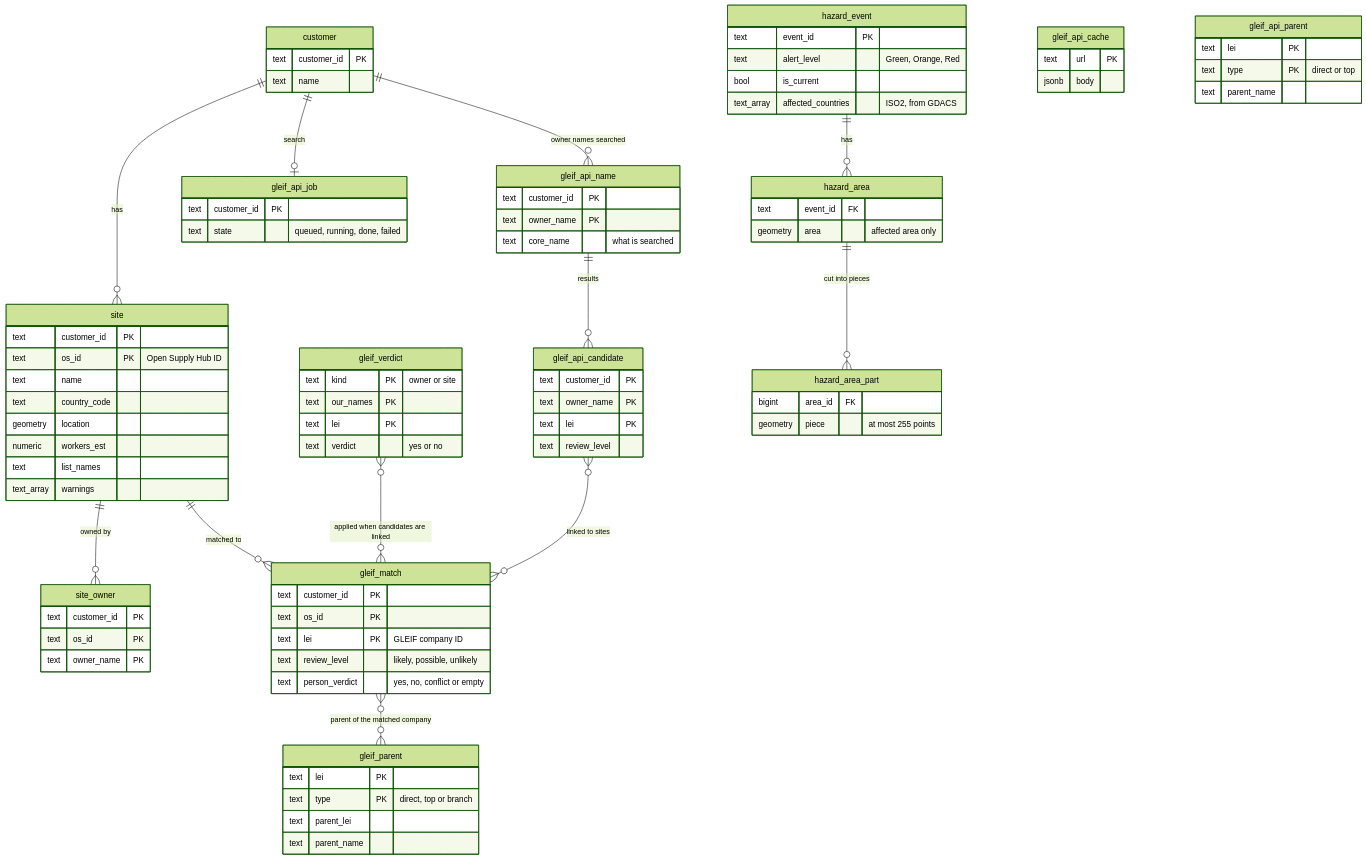
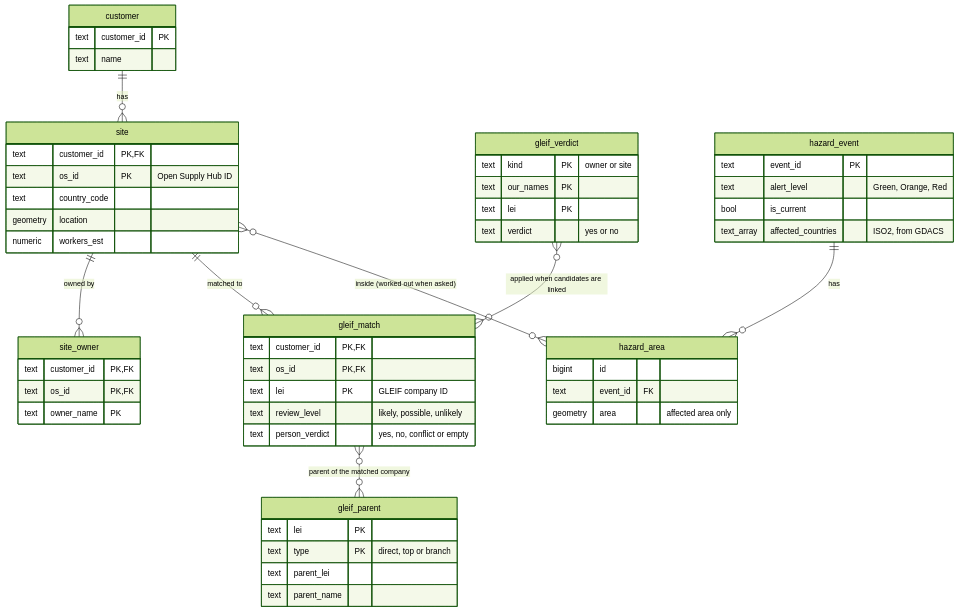
The second of 3 diagrams in docs/architecture/ARCHITECTURE.md (abhifourkites/geo-risk.ai), drawn with Mermaid (forest theme) before and after one commit. The commit also changed other lines of this file and 4 other files, not shown here.

First line of the commit message:
MDM-3: Restructure ARCHITECTURE; implementation rules move to docs/RULES.md

````diff
--- a/docs/architecture/ARCHITECTURE.md
+++ b/docs/architecture/ARCHITECTURE.md
@@ -40,37 +45,30 @@
   customer ||--o{ site : "has"
   site ||--o{ site_owner : "owned by"
   site ||--o{ gleif_match : "matched to"
+  gleif_verdict }o--o{ gleif_match : "applied when candidates are linked"
   gleif_match }o--o{ gleif_parent : "parent of the matched company"
-  gleif_verdict }o--o{ gleif_match : "applied when candidates are linked"
   hazard_event ||--o{ hazard_area : "has"
-  hazard_area ||--o{ hazard_area_part : "cut into pieces"
-  customer ||--o| gleif_api_job : "search"
-  customer ||--o{ gleif_api_name : "owner names searched"
-  gleif_api_name ||--o{ gleif_api_candidate : "results"
-  gleif_api_candidate }o--o{ gleif_match : "linked to sites"
+  site }o--o{ hazard_area : "inside (worked out when asked)"
 
   customer {
     text customer_id PK
     text name
   }
   site {
-    text customer_id PK
+    text customer_id PK, FK
     text os_id PK "Open Supply Hub ID"
-    text name
     text country_code
     geometry location
     numeric workers_est
-    text list_names
-    text_array warnings
   }
   site_owner {
-    text customer_id PK
-    text os_id PK
+    text customer_id PK, FK
+    text os_id PK, FK
     text owner_name PK
   }
   gleif_match {
-    text customer_id PK
-    text os_id PK
+    text customer_id PK, FK
+    text os_id PK, FK
     text lei PK "GLEIF company ID"
     text review_level "likely, possible, unlikely"
     text person_verdict "yes, no, conflict or empty"
@@ -94,35 +92,8 @@
     text_array affected_countries "ISO2, from GDACS"
   }
   hazard_area {
+    bigint id
     text event_id FK
     geometry area "affected area only"
   }
-  hazard_area_part {
-    bigint area_id FK
-    geometry piece "at most 255 points"
-  }
-  gleif_api_cache {
-    text url PK
-    jsonb body
-  }
-  gleif_api_job {
-    text customer_id PK
-    text state "queued, running, done, failed"
-  }
-  gleif_api_name {
-    text customer_id PK
-    text owner_name PK
-    text core_name "what is searched"
-  }
-  gleif_api_candidate {
-    text customer_id PK
-    text owner_name PK
-    text lei PK
-    text review_level
-  }
-  gleif_api_parent {
-    text lei PK
-    text type PK "direct or top"
-    text parent_name
-  }
 ```
````
